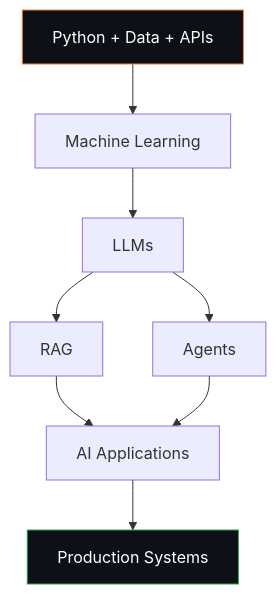
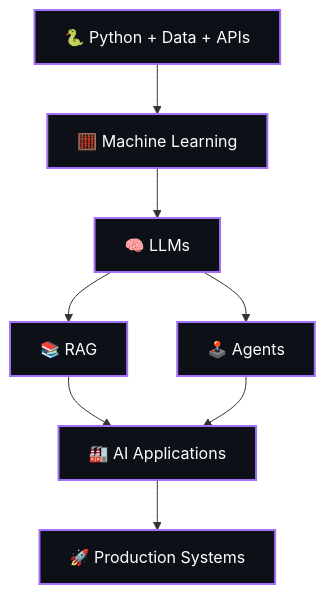
One commit to IamKholofeloPhala/IamKholofeloPhala changed the ninth of 11 diagrams in README.md. Above: the diagram before and after it, drawn with Mermaid. The commit also changed other lines of this file, not shown here.

````diff
--- a/README.md
+++ b/README.md
@@ -283,13 +271,12 @@
 ```mermaid
 flowchart TD
-    A[Python + Data + APIs] --> B[Machine Learning]
-    B --> C[LLMs]
-    C --> D[RAG]
-    C --> E[Agents]
-    D --> F[AI Applications]
+    A["🐍 Python + Data + APIs"] --> B["🧮 Machine Learning"] --> C["🧠 LLMs"]
+    C --> D["📚 RAG"]
+    C --> E["🕹️ Agents"]
+    D --> F["🏭 AI Applications"]
     E --> F
-    F --> G[Production Systems]
+    F --> G["🚀 Production Systems"]
 
-    style A fill:#0d1117,stroke:#F0883E,color:#fff
-    style G fill:#0d1117,stroke:#2ea44f,color:#fff
+    classDef n fill:#0d1117,stroke:#A371F7,color:#fff,stroke-width:2px
+    class A,B,C,D,E,F,G n
 ```
````
